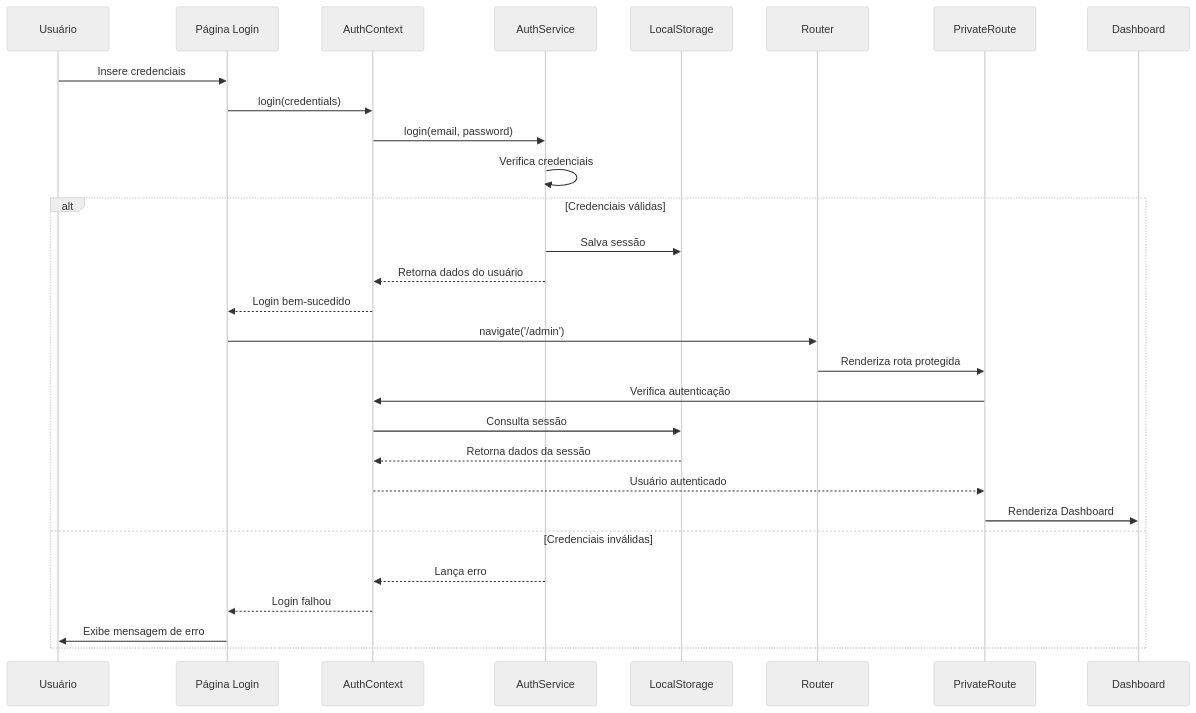
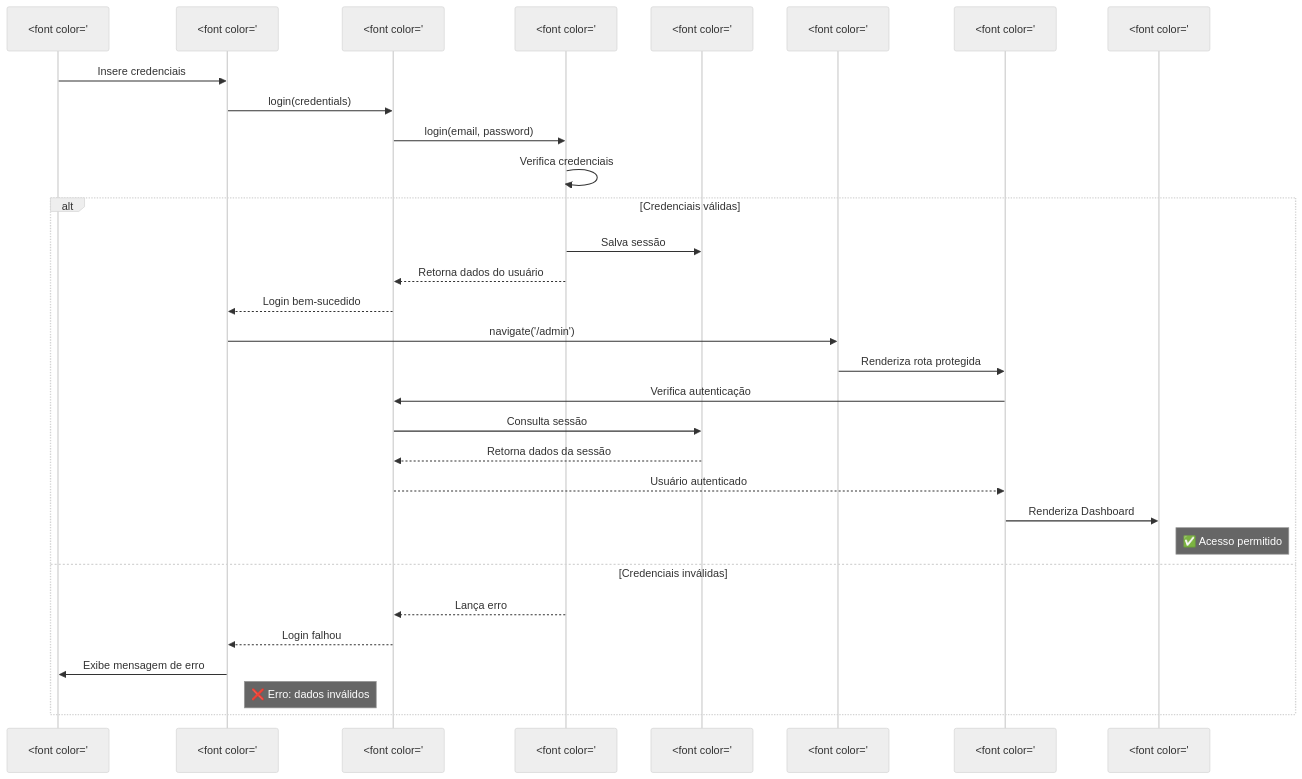
Before and after one commit to cold-tech/documentacao: the second of 2 diagrams in documentacaoTecnica/SISTEMA_LOGIN.md, drawn with Mermaid (neutral theme).

````diff
--- a/documentacaoTecnica/SISTEMA_LOGIN.md
+++ b/documentacaoTecnica/SISTEMA_LOGIN.md
@@ -310,33 +310,37 @@
 ```mermaid
+%% Use este bloco com tema claro ou escuro ativado na renderização
 sequenceDiagram
-    participant U as Usuário
-    participant L as Página Login
-    participant A as AuthContext
-    participant S as AuthService
-    participant LS as LocalStorage
-    participant R as Router
-    participant P as PrivateRoute
-    participant D as Dashboard
+    participant U as <font color="#3b82f6">Usuário</font>
+    participant L as <font color="#2563eb">Página Login</font>
+    participant A as <font color="#9333ea">AuthContext</font>
+    participant S as <font color="#0ea5e9">AuthService</font>
+    participant LS as <font color="#7c3aed">LocalStorage</font>
+    participant R as <font color="#22c55e">Router</font>
+    participant P as <font color="#f59e0b">PrivateRoute</font>
+    participant D as <font color="#10b981">Dashboard</font>
     
     U->>L: Insere credenciais
     L->>A: login(credentials)
     A->>S: login(email, password)
     S->>S: Verifica credenciais
-    
+
     alt Credenciais válidas
         S->>LS: Salva sessão
         S-->>A: Retorna dados do usuário
         A-->>L: Login bem-sucedido
         L->>R: navigate('/admin')
         R->>P: Renderiza rota protegida
         P->>A: Verifica autenticação
         A->>LS: Consulta sessão
         LS-->>A: Retorna dados da sessão
         A-->>P: Usuário autenticado
         P->>D: Renderiza Dashboard
+        note right of D: ✅ Acesso permitido
     else Credenciais inválidas
         S-->>A: Lança erro
         A-->>L: Login falhou
         L->>U: Exibe mensagem de erro
+        note right of L: ❌ Erro: dados inválidos
     end
+
 ```
````
